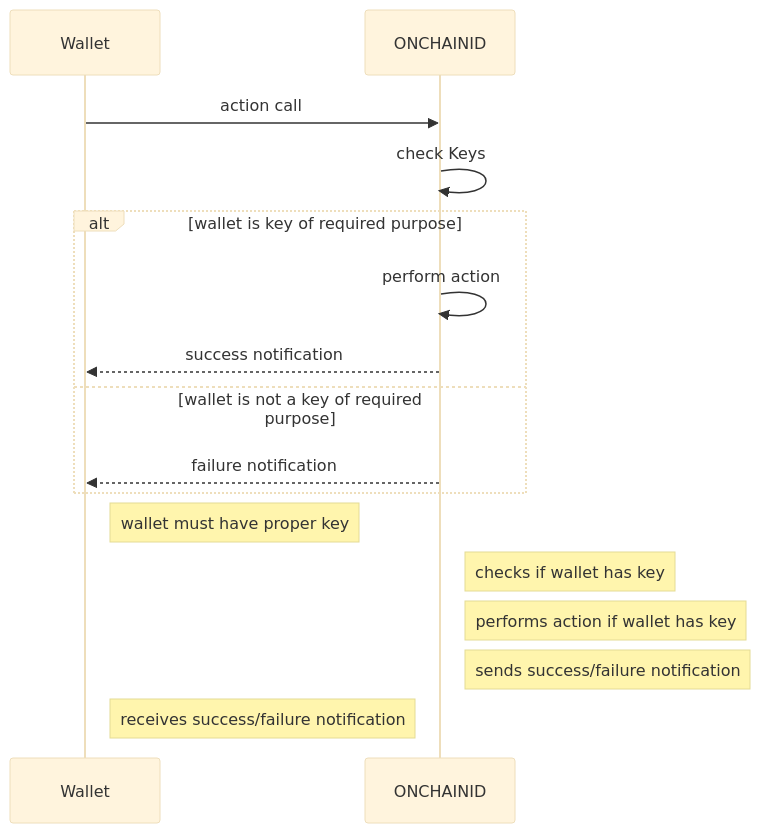
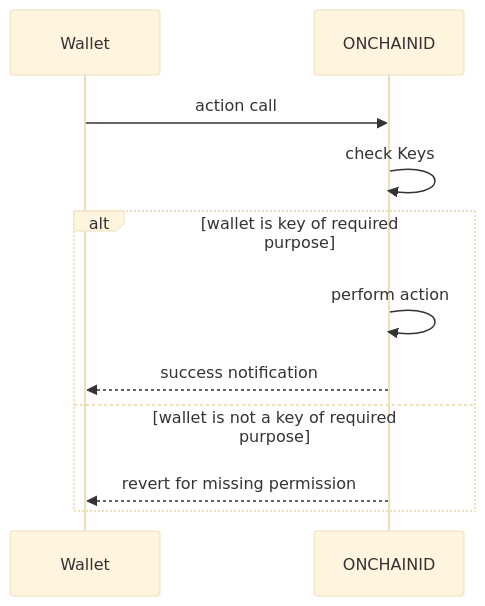
The first of 6 diagrams in docs/developers/contracts/contracts.md (onchain-id/documentation), drawn with Mermaid (base theme) before and after one commit. The commit also changed other lines of this file and 4 other files, not shown here.

````diff
--- a/docs/developers/contracts/contracts.md
+++ b/docs/developers/contracts/contracts.md
@@ -33,16 +57,11 @@
 ```mermaid
 sequenceDiagram
     Wallet->>ONCHAINID: action call
     ONCHAINID->>ONCHAINID: check Keys
     alt wallet is key of required purpose
         ONCHAINID->>ONCHAINID: perform action
         ONCHAINID -->> Wallet: success notification
     else wallet is not a key of required purpose
-        ONCHAINID -->> Wallet: failure notification
+        ONCHAINID -->> Wallet: revert for missing permission
     end
-    Note right of Wallet: wallet must have proper key
-    Note right of ONCHAINID: checks if wallet has key
-    Note right of ONCHAINID: performs action if wallet has key
-    Note right of ONCHAINID: sends success/failure notification
-    Note right of Wallet: receives success/failure notification
 ```
````
